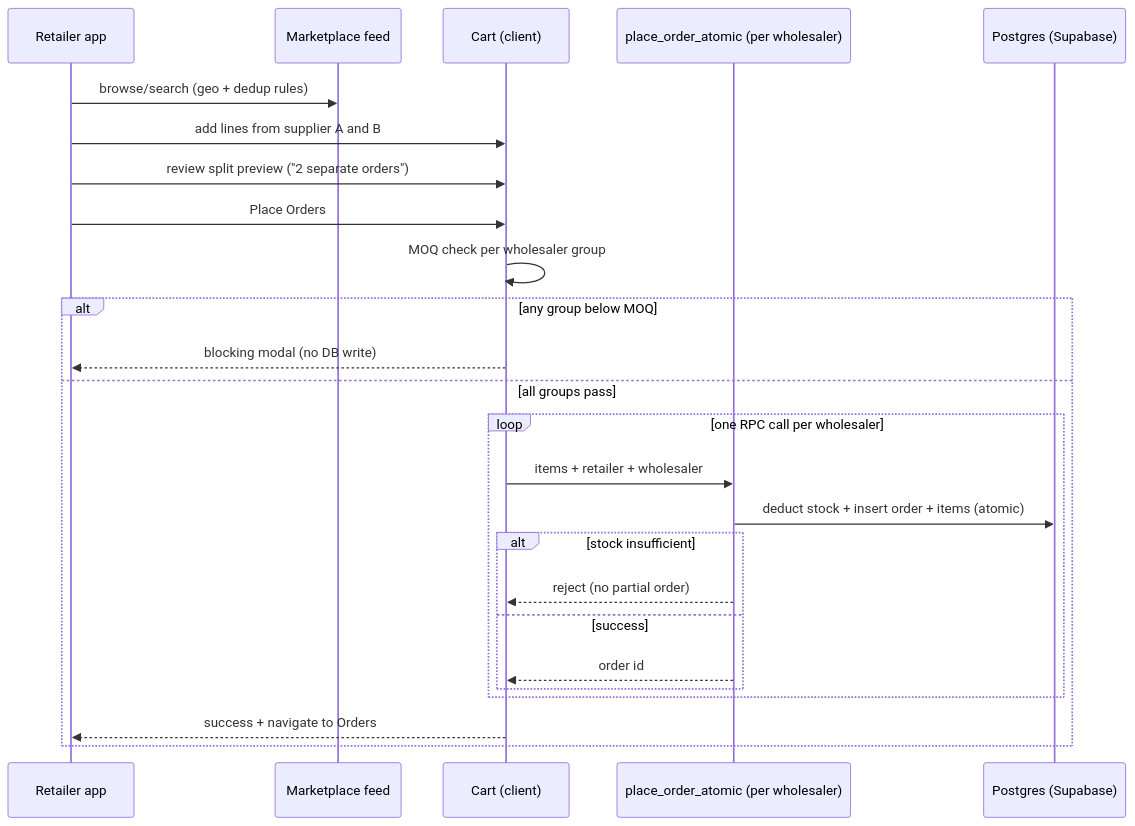
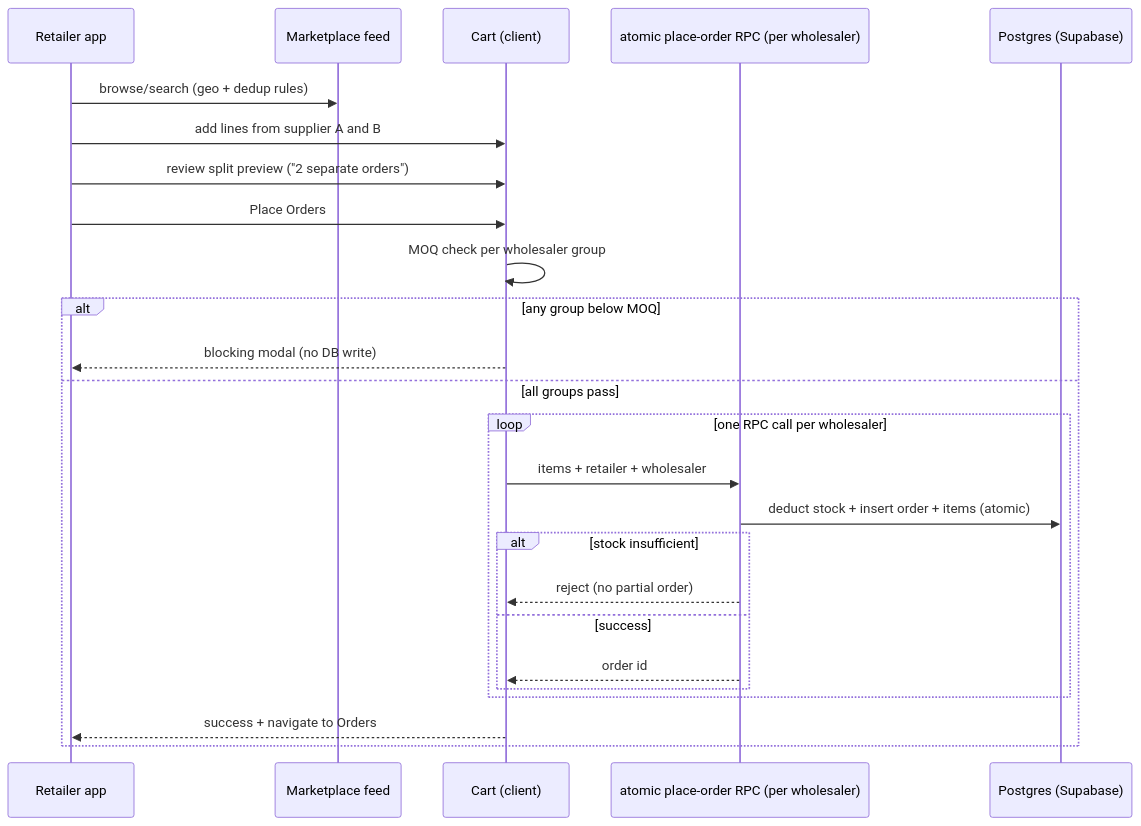
One commit to jaskiringg/singh-atlas changed the first of 2 diagrams in public/docs/mandibhai.md. Above: the diagram before and after it, drawn with Mermaid. The commit also changed other lines of this file and 12 other files, not shown here.

````diff
--- a/public/docs/mandibhai.md
+++ b/public/docs/mandibhai.md
@@ -109,28 +109,28 @@
 ```mermaid
 sequenceDiagram
   participant R as Retailer app
   participant Feed as Marketplace feed
   participant Cart as Cart (client)
-  participant RPC as place_order_atomic (per wholesaler)
+  participant RPC as atomic place-order RPC (per wholesaler)
   participant DB as Postgres (Supabase)
 
   R->>Feed: browse/search (geo + dedup rules)
   R->>Cart: add lines from supplier A and B
   R->>Cart: review split preview ("2 separate orders")
   R->>Cart: Place Orders
   Cart->>Cart: MOQ check per wholesaler group
   alt any group below MOQ
     Cart-->>R: blocking modal (no DB write)
   else all groups pass
     loop one RPC call per wholesaler
       Cart->>RPC: items + retailer + wholesaler
       RPC->>DB: deduct stock + insert order + items (atomic)
       alt stock insufficient
         RPC-->>Cart: reject (no partial order)
       else success
         RPC-->>Cart: order id
       end
     end
     Cart-->>R: success + navigate to Orders
   end
 ```
````
